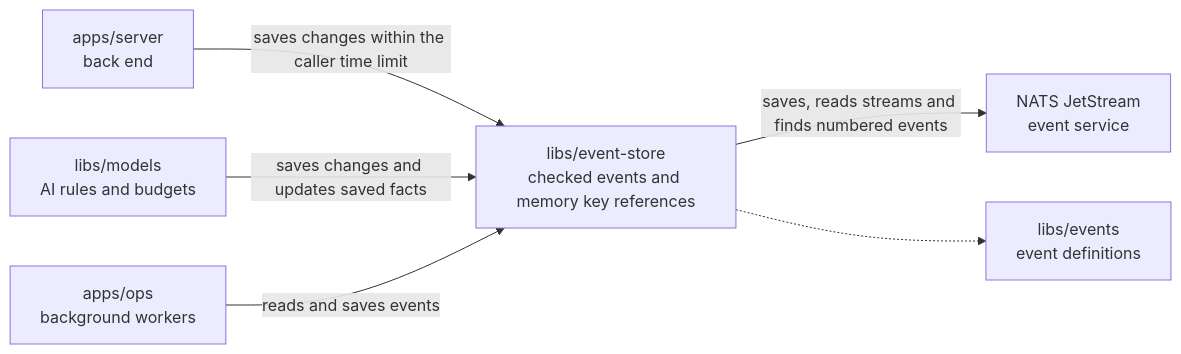
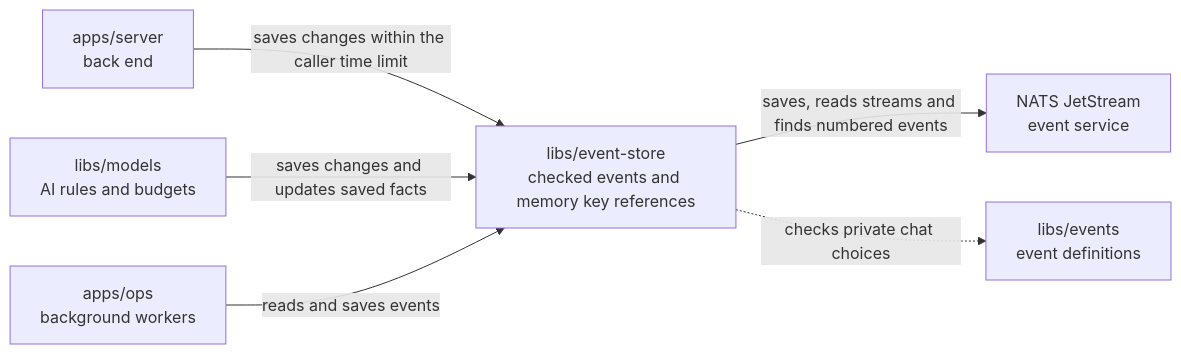
Before and after one commit to elewa-git/opencrane-new: the diagram in libs/event-store/README.md, drawn with Mermaid. The commit also changed other lines of this file and 16 other files, not shown here.

Commit message:
💾 Restore each person's archive and read choices from events.

````diff
--- a/libs/event-store/README.md
+++ b/libs/event-store/README.md
@@ -22,8 +22,8 @@
 ```mermaid
 flowchart LR
   server["apps/server<br/>back end"] -->|saves changes within the caller time limit| store["libs/event-store<br/>checked events and memory key references"]
   models["libs/models<br/>AI rules and budgets"] -->|saves changes and updates saved facts| store
   ops["apps/ops<br/>background workers"] -->|reads and saves events| store
   store -->|saves, reads streams and finds numbered events| nats["NATS JetStream<br/>event service"]
-  store -.-> events["libs/events<br/>event definitions"]
+  store -.->|checks private chat choices| events["libs/events<br/>event definitions"]
 ```
````
